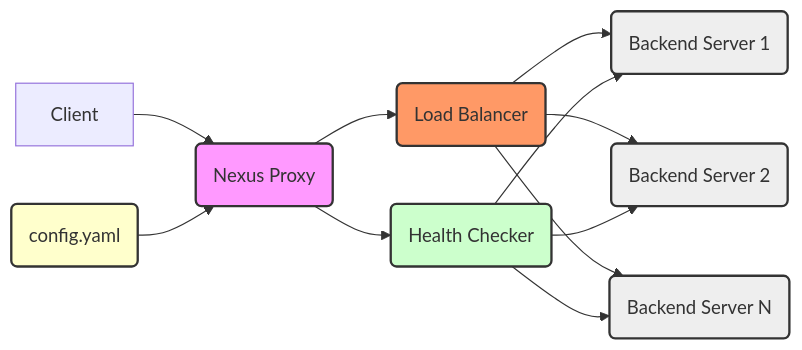
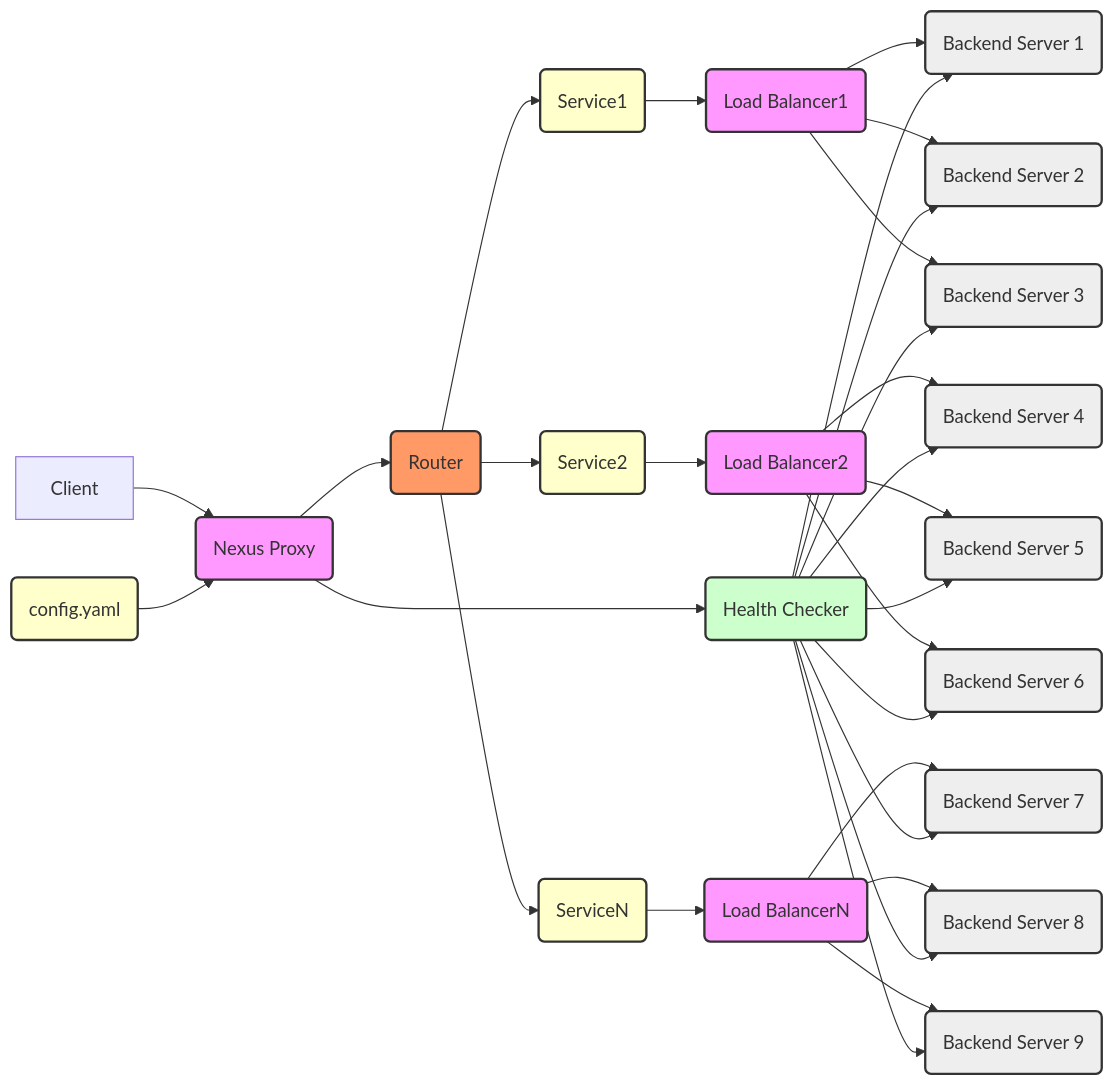
The diagram in README.md (rust17/nexus), drawn with Mermaid before and after one commit. The commit also changed 2 other files, not shown here.

````diff
--- a/README.md
+++ b/README.md
@@ -5,24 +5,52 @@
 ```mermaid
 graph LR
     Client --> NexusProxy(Nexus Proxy)
-    NexusProxy --> LoadBalancer(Load Balancer)
-    LoadBalancer --> BackendServer1(Backend Server 1)
-    LoadBalancer --> BackendServer2(Backend Server 2)
-    LoadBalancer --> BackendServerN(Backend Server N)
+    NexusProxy --> Router(Router)
+    Router --> Service1(Service1)
+    Router --> Service2(Service2)
+    Router --> ServiceN(ServiceN)
+    Service1 --> LoadBalancer1(Load Balancer1)
+    Service2 --> LoadBalancer2(Load Balancer2)
+    ServiceN --> LoadBalancerN(Load BalancerN)
+    LoadBalancer1 --> BackendServer1(Backend Server 1)
+    LoadBalancer1 --> BackendServer2(Backend Server 2)
+    LoadBalancer1 --> BackendServer3(Backend Server 3)
+    LoadBalancer2 --> BackendServer4(Backend Server 4)
+    LoadBalancer2 --> BackendServer5(Backend Server 5)
+    LoadBalancer2 --> BackendServer6(Backend Server 6)
+    LoadBalancerN --> BackendServer7(Backend Server 7)
+    LoadBalancerN --> BackendServer8(Backend Server 8)
+    LoadBalancerN --> BackendServer9(Backend Server 9)
     NexusProxy --> HealthChecker(Health Checker)
     HealthChecker --> BackendServer1
     HealthChecker --> BackendServer2
-    HealthChecker --> BackendServerN
+    HealthChecker --> BackendServer3
+    HealthChecker --> BackendServer4
+    HealthChecker --> BackendServer5
+    HealthChecker --> BackendServer6
+    HealthChecker --> BackendServer7
+    HealthChecker --> BackendServer8
+    HealthChecker --> BackendServer9
     Configuration(config.yaml) --> NexusProxy
 
     style NexusProxy fill:#f9f,stroke:#333,stroke-width:2px
-    style LoadBalancer fill:#ff9966,stroke:#333,stroke-width:2px
+    style Router fill:#ff9966,stroke:#333,stroke-width:2px
     style HealthChecker fill:#cfc,stroke:#333,stroke-width:2px
     style BackendServer1 fill:#eee,stroke:#333,stroke-width:2px
     style BackendServer2 fill:#eee,stroke:#333,stroke-width:2px
-    style BackendServerN fill:#eee,stroke:#333,stroke-width:2px
+    style BackendServer2 fill:#eee,stroke:#333,stroke-width:2px
+    style BackendServer3 fill:#eee,stroke:#333,stroke-width:2px
+    style BackendServer4 fill:#eee,stroke:#333,stroke-width:2px
+    style BackendServer5 fill:#eee,stroke:#333,stroke-width:2px
+    style BackendServer6 fill:#eee,stroke:#333,stroke-width:2px
+    style BackendServer7 fill:#eee,stroke:#333,stroke-width:2px
+    style BackendServer8 fill:#eee,stroke:#333,stroke-width:2px
+    style BackendServer9 fill:#eee,stroke:#333,stroke-width:2px
     style Configuration fill:#ffc,stroke:#333,stroke-width:2px
+    style Service1 fill:#ffc,stroke:#333,stroke-width:2px
+    style Service2 fill:#ffc,stroke:#333,stroke-width:2px
+    style ServiceN fill:#ffc,stroke:#333,stroke-width:2px
 
     classDef component fill:#f9f,stroke:#333,stroke-width:2px
-    class NexusProxy,LoadBalancer,HealthChecker,BackendServer1,BackendServer2,BackendServerN component
+    class NexusProxy,Router,HealthChecker,Service1,Service2,ServiceN,LoadBalancer1,LoadBalancer2,LoadBalancerN,BackendServer1,BackendServer2,BackendServer3,BackendServer4,BackendServer5,BackendServer6,BackendServer7,BackendServer8,BackendServer9,BackendServerN component
 ```
````
